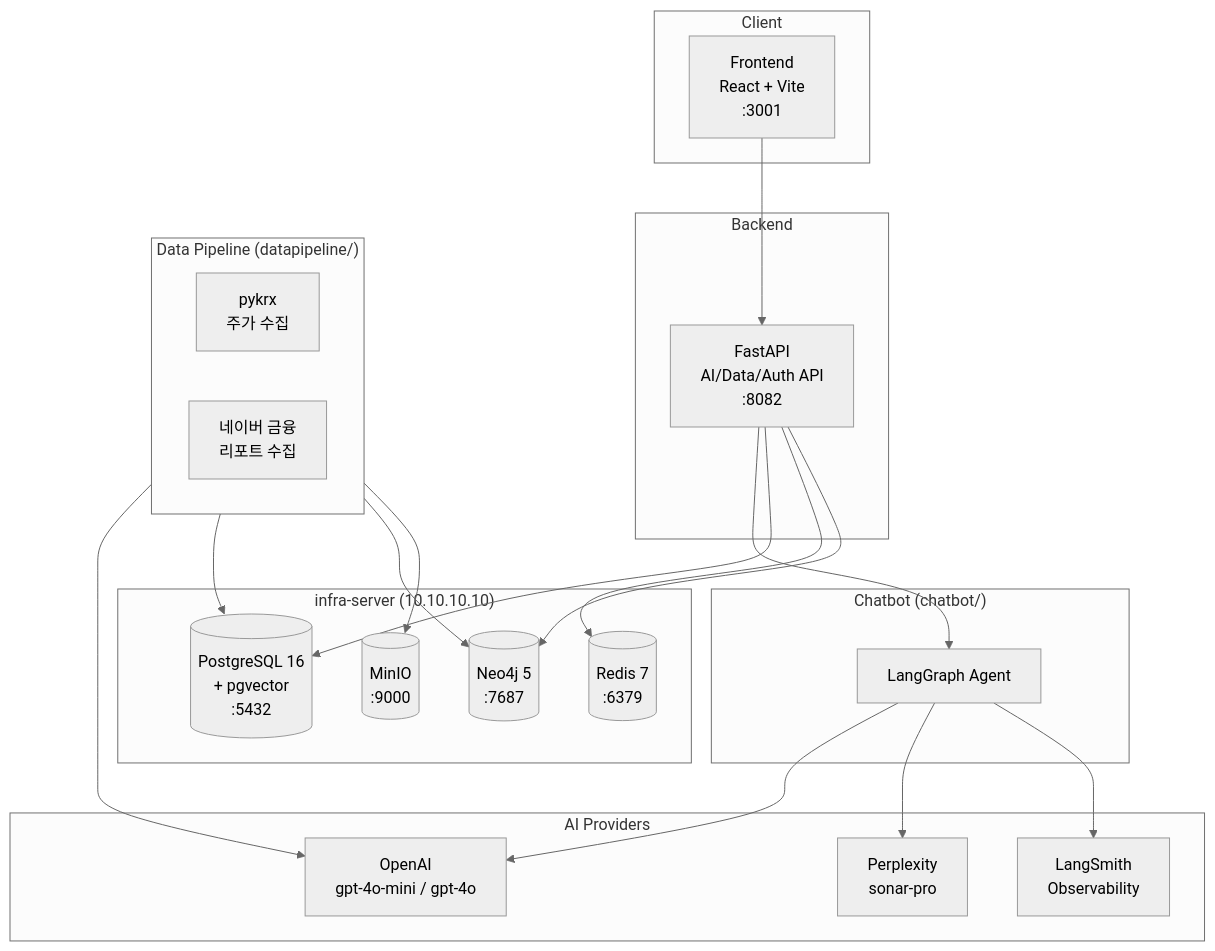
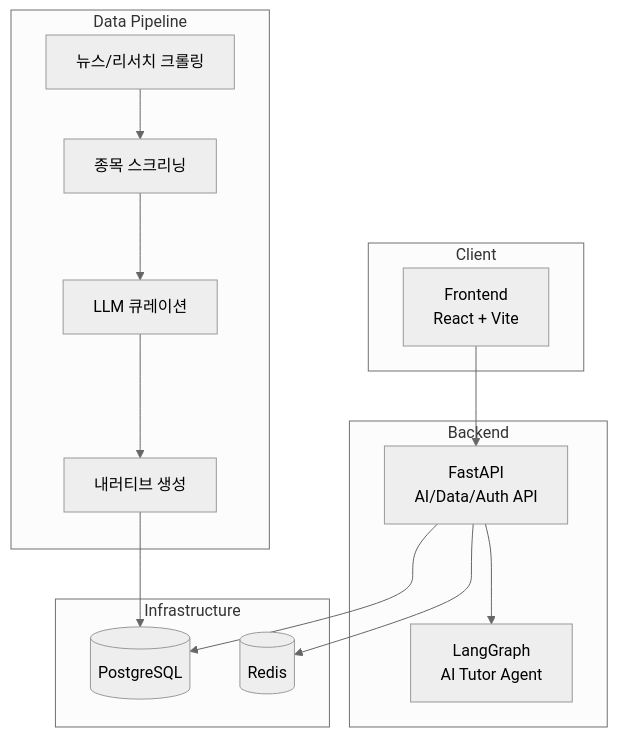
One commit to 404-NFYet/adelie-investment changed the diagram in README.md. Above: the diagram before and after it, drawn with Mermaid (neutral theme). The commit also changed other lines of this file and 6 other files, not shown here.

````diff
--- a/README.md
+++ b/README.md
@@ -14,45 +97,29 @@
 ```mermaid
 graph TB
     subgraph Client
-        FE[Frontend<br/>React + Vite<br/>:3001]
+        FE[Frontend<br/>React + Vite]
     end
 
     subgraph Backend
-        API[FastAPI<br/>AI/Data/Auth API<br/>:8082]
+        API[FastAPI<br/>AI/Data/Auth API]
+        TUTOR[LangGraph<br/>AI Tutor Agent]
     end
 
-    subgraph Chatbot["Chatbot (chatbot/)"]
-        AGENT[LangGraph Agent]
+    subgraph Pipeline["Data Pipeline"]
+        CRAWL[뉴스/리서치 크롤링]
+        SCREEN[종목 스크리닝]
+        CURATE[LLM 큐레이션]
+        NARR[내러티브 생성]
     end
 
-    subgraph Pipeline["Data Pipeline (datapipeline/)"]
-        PYKRX[pykrx<br/>주가 수집]
-        NAVER[네이버 금융<br/>리포트 수집]
-    end
-
-    subgraph AI["AI Providers"]
-        OPENAI[OpenAI<br/>gpt-4o-mini / gpt-4o]
-        PPLX[Perplexity<br/>sonar-pro]
-        LSMITH[LangSmith<br/>Observability]
-    end
-
-    subgraph Infra["infra-server (10.10.10.10)"]
-        PG[(PostgreSQL 16<br/>+ pgvector<br/>:5432)]
-        REDIS[(Redis 7<br/>:6379)]
-        NEO4J[(Neo4j 5<br/>:7687)]
-        MINIO[(MinIO<br/>:9000)]
+    subgraph Infra["Infrastructure"]
+        PG[(PostgreSQL)]
+        REDIS[(Redis)]
     end
 
     FE --> API
-    API --> AGENT
-    AGENT --> OPENAI
-    AGENT --> PPLX
-    AGENT --> LSMITH
+    API --> TUTOR
+    CRAWL --> SCREEN --> CURATE --> NARR --> PG
     API --> PG
     API --> REDIS
-    API --> NEO4J
-    Pipeline --> OPENAI
-    Pipeline --> PG
-    Pipeline --> NEO4J
-    Pipeline --> MINIO
 ```
````
